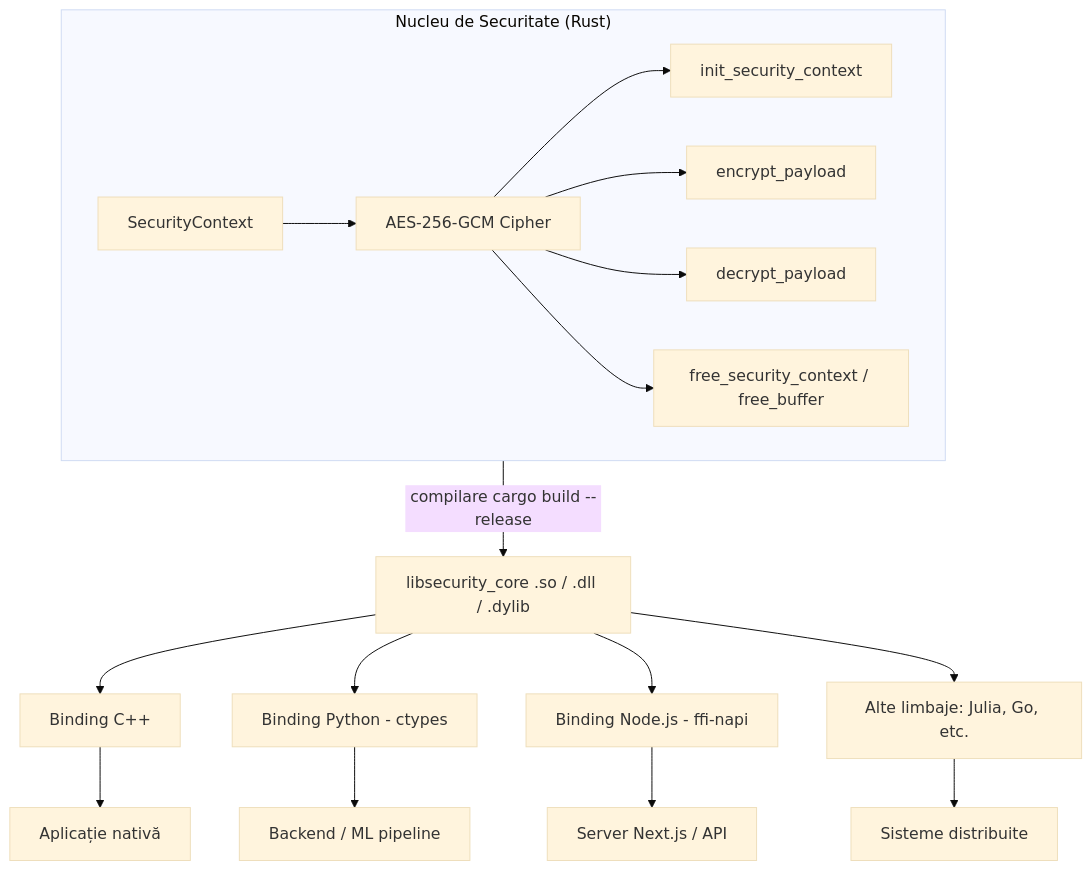
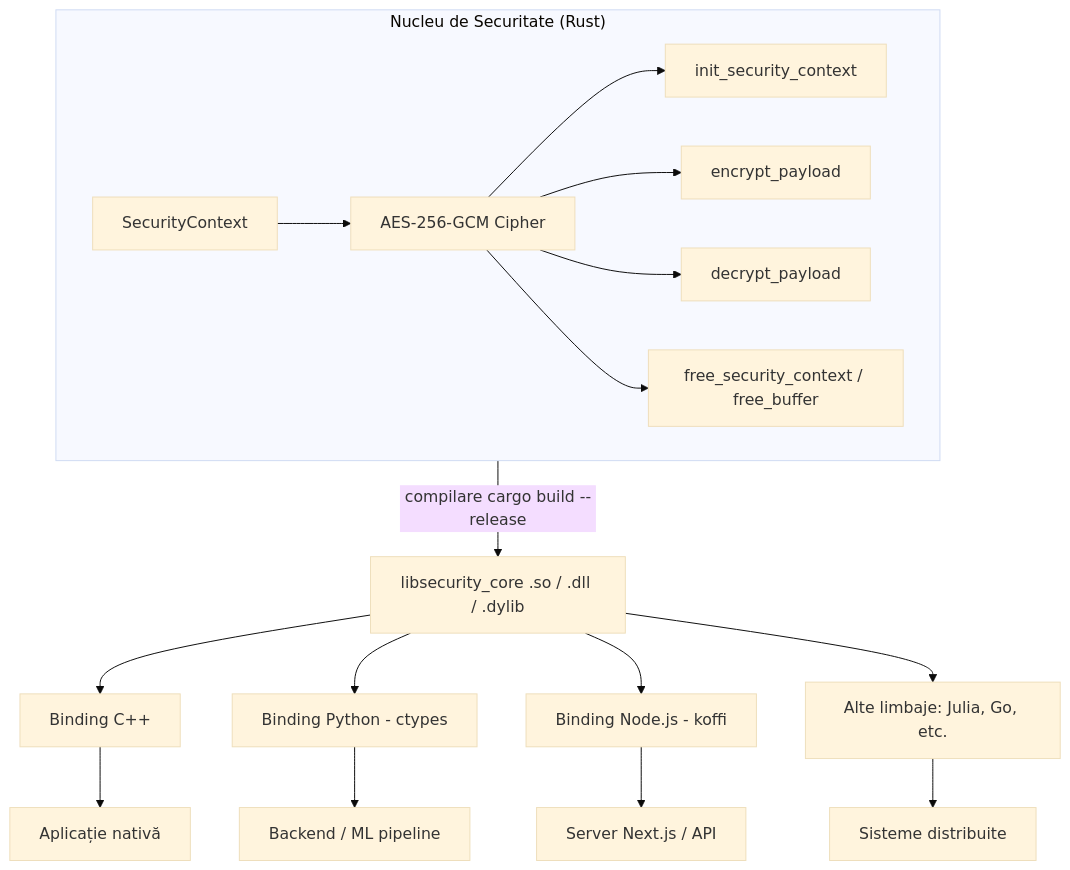
Before and after one commit to Ciprian-LocalPulse/secure-core-ffi: the first of 4 diagrams in README.ro.md, drawn with Mermaid (base theme). The commit also changed other lines of this file and 10 other files, not shown here.

````diff
--- a/README.ro.md
+++ b/README.ro.md
@@ -31,22 +33,22 @@
 ```mermaid
 flowchart TB
     subgraph RustCore["Nucleu de Securitate (Rust)"]
         A[SecurityContext] --> B[AES-256-GCM Cipher]
         B --> C[init_security_context]
         B --> D[encrypt_payload]
         B --> E[decrypt_payload]
         B --> F[free_security_context / free_buffer]
     end
 
     RustCore -->|"compilare cargo build --release"| LIB["libsecurity_core .so / .dll / .dylib"]
 
     LIB --> CPP[Binding C++]
     LIB --> PY[Binding Python - ctypes]
-    LIB --> NODE[Binding Node.js - ffi-napi]
+    LIB --> NODE[Binding Node.js - koffi]
     LIB --> OTHER[Alte limbaje: Julia, Go, etc.]
 
     CPP --> APP1[Aplicație nativă]
     PY --> APP2[Backend / ML pipeline]
     NODE --> APP3[Server Next.js / API]
     OTHER --> APP4[Sisteme distribuite]
 ```
````
